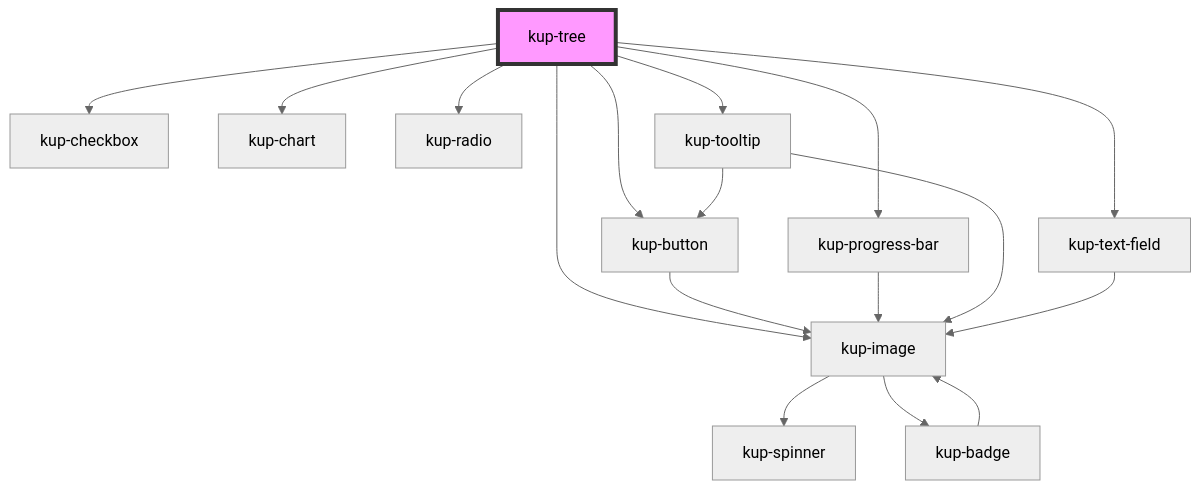
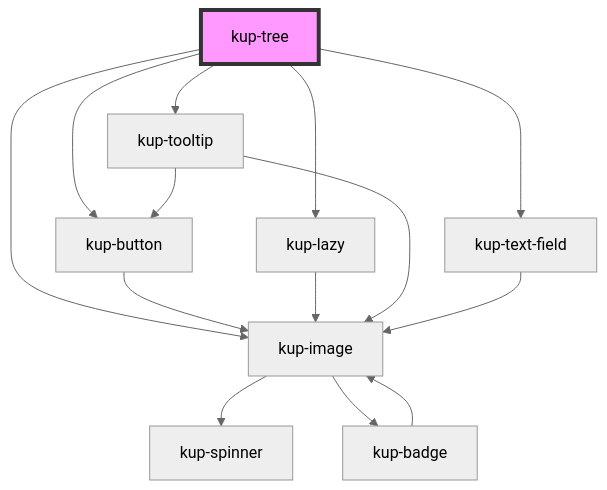
The diagram in packages/ketchup/src/components/kup-tree/readme.md (smeup/ketchup), drawn with Mermaid (neutral theme) before and after one commit. The commit also changed other lines of this file and 12 other files, not shown here.

````diff
--- a/packages/ketchup/src/components/kup-tree/readme.md
+++ b/packages/ketchup/src/components/kup-tree/readme.md
@@ -122,20 +119,17 @@
 ```mermaid
 graph TD;
   kup-tree --> kup-button
+  kup-tree --> kup-lazy
+  kup-tree --> kup-tooltip
   kup-tree --> kup-image
-  kup-tree --> kup-checkbox
-  kup-tree --> kup-chart
-  kup-tree --> kup-progress-bar
-  kup-tree --> kup-radio
-  kup-tree --> kup-tooltip
   kup-tree --> kup-text-field
   kup-button --> kup-image
   kup-image --> kup-spinner
   kup-image --> kup-badge
   kup-badge --> kup-image
-  kup-progress-bar --> kup-image
+  kup-lazy --> kup-image
   kup-tooltip --> kup-button
   kup-tooltip --> kup-image
   kup-text-field --> kup-image
   style kup-tree fill:#f9f,stroke:#333,stroke-width:4px
 ```
````
